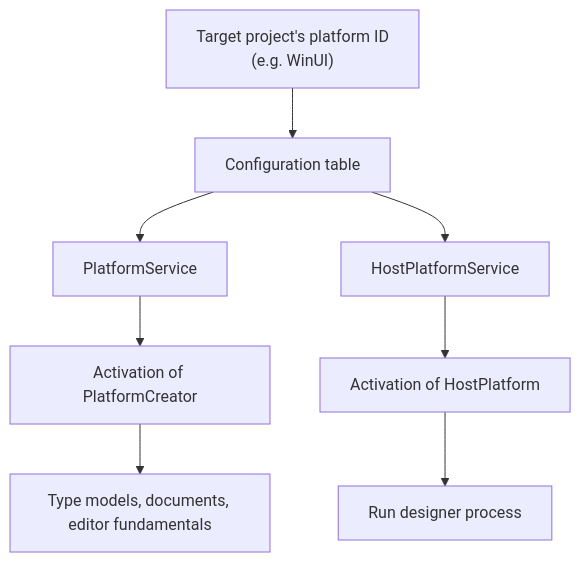
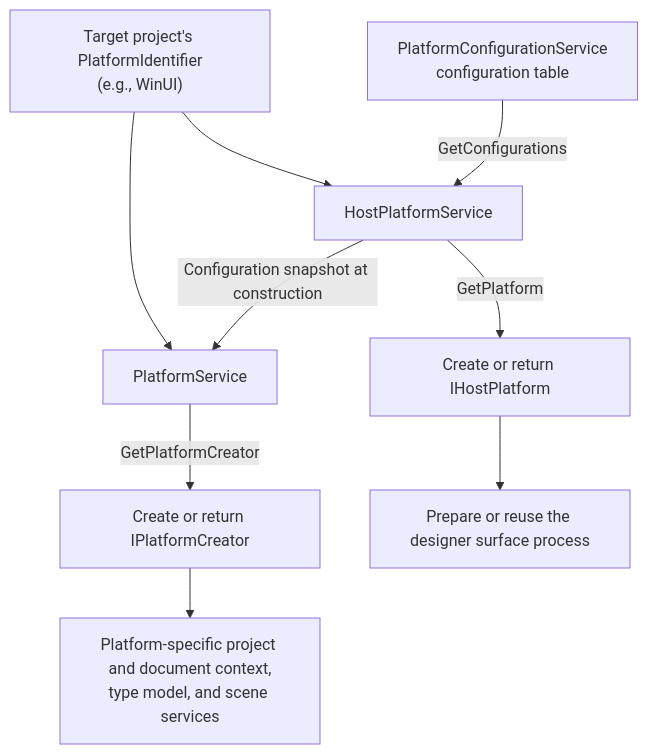
One commit to 0x5bfa/WinUIDesigner changed the second of 2 diagrams in README.md. Above: the diagram before and after it, drawn with Mermaid. The commit also changed other lines of this file, not shown here.

````diff
--- a/README.md
+++ b/README.md
@@ -103,10 +103,13 @@
 ```mermaid
 flowchart TD
-    P["Target project's platform ID<br/>(e.g. WinUI)"] --> C[Configuration table]
-    C --> D[PlatformService]
-    C --> H[HostPlatformService]
-    D --> PC[Activation of PlatformCreator]
-    PC --> Model[Type models, documents, editor fundamentals]
-    H --> HP[Activation of HostPlatform]
-    HP --> Process[Run designer process]
+    PCS["PlatformConfigurationService<br/>configuration table"] -->|GetConfigurations| HPS["HostPlatformService"]
+    HPS -->|Configuration snapshot at construction| PS["PlatformService"]
+    P["Target project's PlatformIdentifier<br/>(e.g., WinUI)"] --> PS
+    P --> HPS
+
+    PS -->|GetPlatformCreator| PC["Create or return IPlatformCreator"]
+    PC --> PI["Platform-specific project and document context,<br/>type model, and scene services"]
+
+    HPS -->|GetPlatform| HP["Create or return IHostPlatform"]
+    HP --> SP["Prepare or reuse the designer surface process"]
 ```
````
